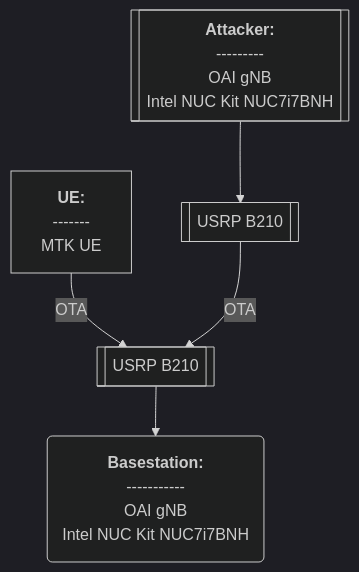
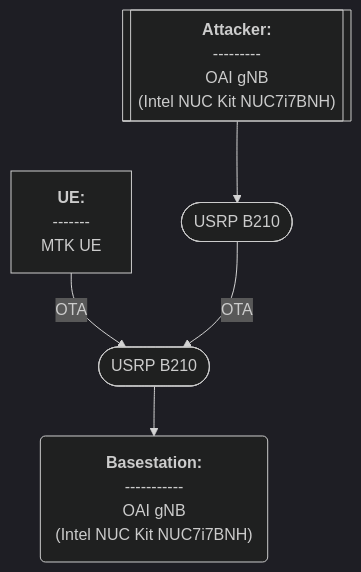
One commit to bmw-ece-ntust/wilfrid-prach-attack-analysis changed the diagram in docs/20250313 Thesis (Test of PRACH Attacker for Basic Msg1 Model).md. Above: the diagram before and after it, drawn with Mermaid (dark theme).

Commit message:
Update 20250313 Thesis (Test of PRACH Attacker for Basic Msg1 Model).md

````diff
--- a/docs/20250313 Thesis (Test of PRACH Attacker for Basic Msg1 Model).md
+++ b/docs/20250313 Thesis (Test of PRACH Attacker for Basic Msg1 Model).md
@@ -67,20 +67,20 @@
 ```mermaid
 flowchart TD
     A("`**Basestation:**
     -----------
     OAI gNB
-    Intel NUC Kit NUC7i7BNH`")
+    (Intel NUC Kit NUC7i7BNH)`")
     B["`**UE:**
     -------
     MTK UE`"]
     C[["`**Attacker:**
     ---------
     OAI gNB
-    Intel NUC Kit NUC7i7BNH`"]]
-    u1[["`USRP B210`"]]
-    u2[["`USRP B210`"]]
+    (Intel NUC Kit NUC7i7BNH)`"]]
+    u1(["`USRP B210`"])
+    u2(["`USRP B210`"])
     B-- OTA -->u1
     C-->u2
     u2-- OTA -->u1
     u1-->A
 ```
````
